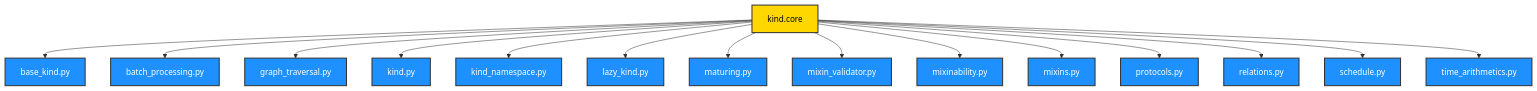
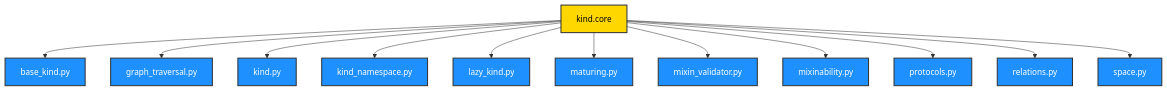
One commit to ikko/kind changed the first of 3 diagrams in docs/topics/3_layered_architecture/index.md. Above: the diagram before and after it, drawn with Mermaid. The commit also changed other lines of this file and 78 other files, not shown here.

First line of the commit message:
v0.2.0: KindSpace makes the global state explicit; time is opt-in; scheduling is its own package

````diff
--- a/docs/topics/3_layered_architecture/index.md
+++ b/docs/topics/3_layered_architecture/index.md
@@ -13,33 +13,27 @@
 ```mermaid
 graph TD
     A[kind.core] --> B[base_kind.py];
-    A --> C[batch_processing.py];
-    A --> D[graph_traversal.py];
-    A --> E[kind.py];
-    A --> F[kind_namespace.py];
-    A --> G[lazy_kind.py];
-    A --> H[maturing.py];
-    A --> I[mixin_validator.py];
-    A --> J[mixinability.py];
-    A --> K[mixins.py];
-    A --> L[protocols.py];
-    A --> M[relations.py];
-    A --> N[schedule.py];
-    A --> O[time_arithmetics.py];
+    A --> C[graph_traversal.py];
+    A --> D[kind.py];
+    A --> E[kind_namespace.py];
+    A --> F[lazy_kind.py];
+    A --> G[maturing.py];
+    A --> H[mixin_validator.py];
+    A --> I[mixinability.py];
+    A --> J[protocols.py];
+    A --> K[relations.py];
+    A --> L[space.py];
 
     style A fill:#FFD700,stroke:#333,stroke-width:2px,color:#000000;
     style B fill:#1E90FF,stroke:#333,stroke-width:2px,color:#FFFFFF;
     style C fill:#1E90FF,stroke:#333,stroke-width:2px,color:#FFFFFF;
     style D fill:#1E90FF,stroke:#333,stroke-width:2px,color:#FFFFFF;
     style E fill:#1E90FF,stroke:#333,stroke-width:2px,color:#FFFFFF;
     style F fill:#1E90FF,stroke:#333,stroke-width:2px,color:#FFFFFF;
     style G fill:#1E90FF,stroke:#333,stroke-width:2px,color:#FFFFFF;
     style H fill:#1E90FF,stroke:#333,stroke-width:2px,color:#FFFFFF;
     style I fill:#1E90FF,stroke:#333,stroke-width:2px,color:#FFFFFF;
     style J fill:#1E90FF,stroke:#333,stroke-width:2px,color:#FFFFFF;
     style K fill:#1E90FF,stroke:#333,stroke-width:2px,color:#FFFFFF;
     style L fill:#1E90FF,stroke:#333,stroke-width:2px,color:#FFFFFF;
-    style M fill:#1E90FF,stroke:#333,stroke-width:2px,color:#FFFFFF;
-    style N fill:#1E90FF,stroke:#333,stroke-width:2px,color:#FFFFFF;
-    style O fill:#1E90FF,stroke:#333,stroke-width:2px,color:#FFFFFF;
 ```
````
